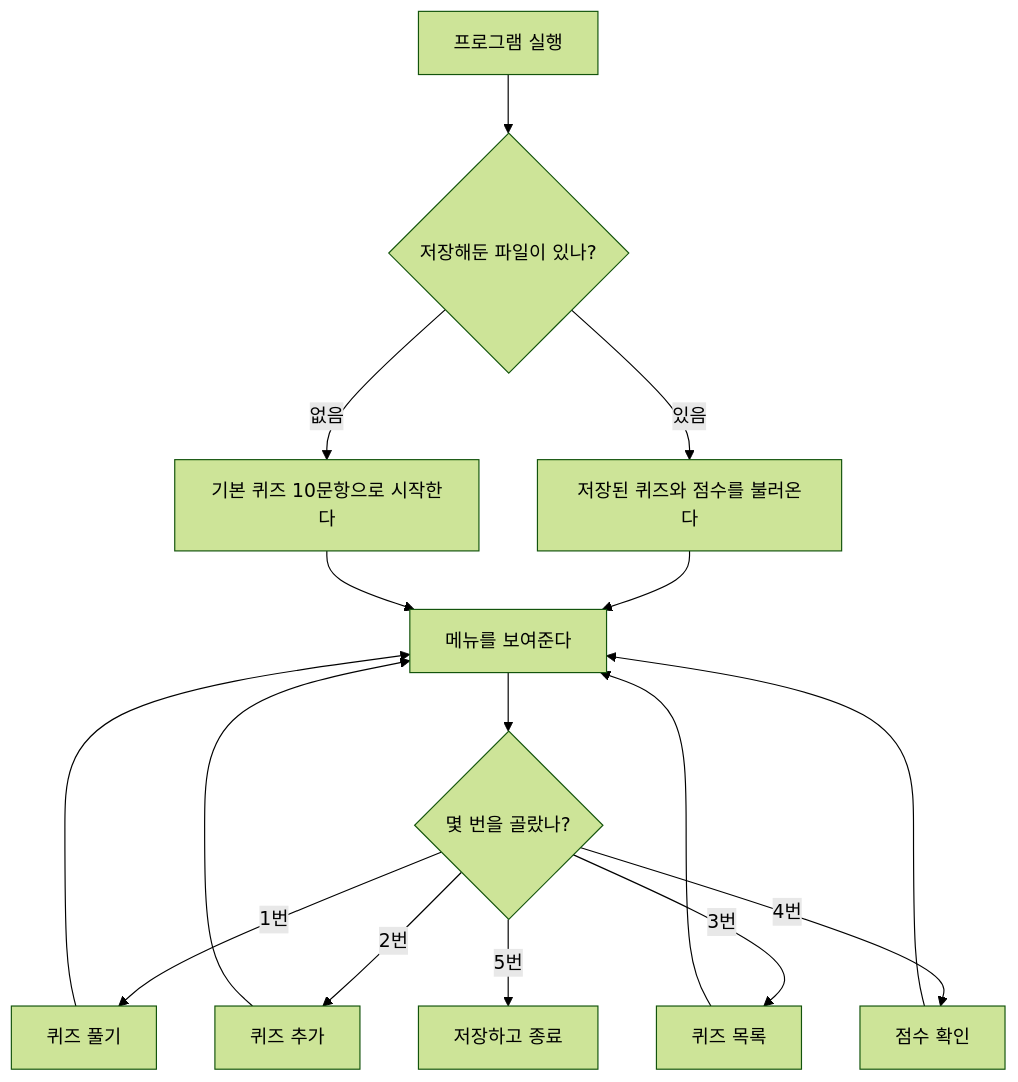
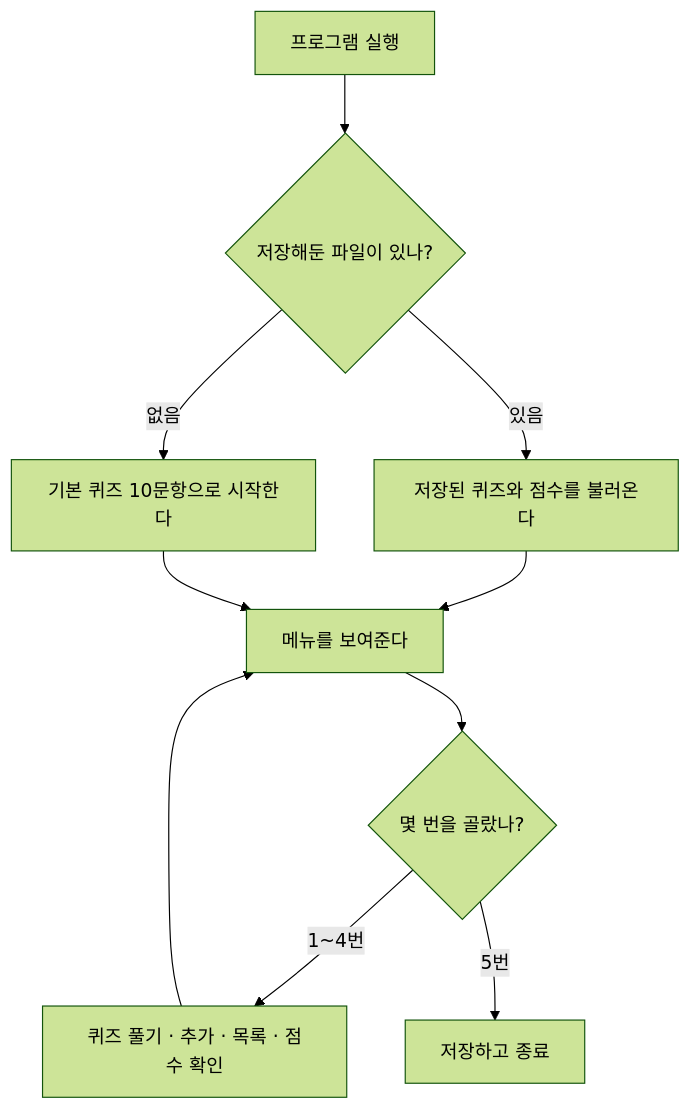
The first of 9 diagrams in python-quiz-game/README.md (yuuri03/codyssey), drawn with Mermaid (forest theme) before and after one commit. The commit also changed other lines of this file, not shown here.

First line of the commit message:
Docs: 다이어그램에서 겹치는 선과 곁가지를 덜어 냄

````diff
--- a/python-quiz-game/README.md
+++ b/python-quiz-game/README.md
@@ -40,18 +40,12 @@
 ```mermaid
 flowchart TD
     A["프로그램 실행"] --> B{"저장해둔 파일이 있나?"}
     B -->|"있음"| C["저장된 퀴즈와 점수를 불러온다"]
     B -->|"없음"| D["기본 퀴즈 10문항으로 시작한다"]
     C --> E["메뉴를 보여준다"]
     D --> E
     E --> F{"몇 번을 골랐나?"}
-    F -->|"1번"| G["퀴즈 풀기"]
-    F -->|"2번"| H["퀴즈 추가"]
-    F -->|"3번"| I["퀴즈 목록"]
-    F -->|"4번"| J["점수 확인"]
-    F -->|"5번"| K["저장하고 종료"]
+    F -->|"1~4번"| G["퀴즈 풀기 · 추가 · 목록 · 점수 확인"]
     G --> E
-    H --> E
-    I --> E
-    J --> E
+    F -->|"5번"| H["저장하고 종료"]
 ```
````
